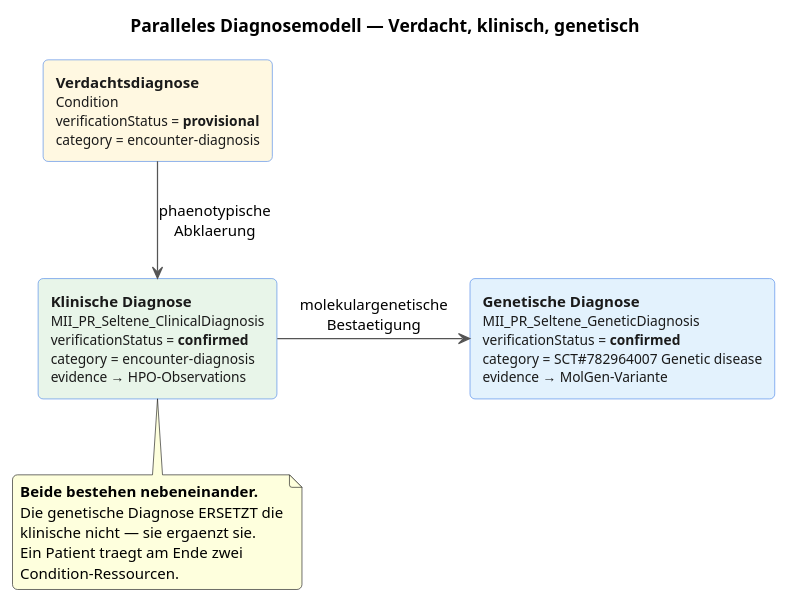
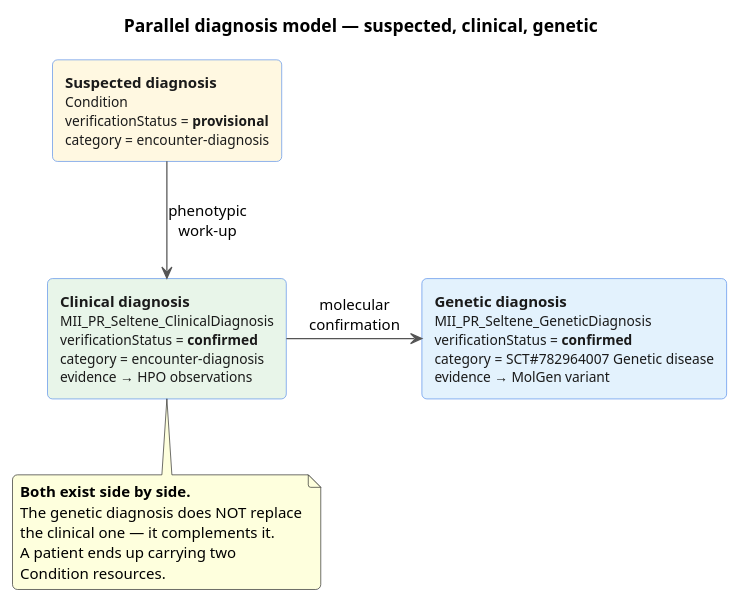
One commit to medizininformatik-initiative/kerndatensatzmodul-seltene-erkrankungen changed the diagram in input/images-source/diagnose-parallelmodell.puml. Above: the diagram before and after it, drawn with PlantUML. The commit also changed 12 other files, not shown here.

First line of the commit message:
fix(images): Diagnose-Diagramme mit Umlauten und in beiden Sprachen

```diff
--- a/input/images-source/diagnose-parallelmodell.puml
+++ b/input/images-source/diagnose-parallelmodell.puml
@@ -1,34 +1,41 @@
 @startuml
-' Paralleles Diagnosemodell — ersetzt die drei kurzen FSH-Schnipsel auf der Seite
-' clinical-genetic-diagnosis-guide. Beschriftungen bewusst sprachneutral
-' (FHIR-Elementnamen, Codes), damit dieselbe SVG in beiden Sprachbaeumen taugt.
+' Parallel diagnosis model — English rendering.
+'
+' Language pairing (2026-09-04): every diagram on the page
+' clinical-genetic-diagnosis-guide exists twice. This file is the ENGLISH one
+' and keeps the base name, because the IG's default language is English
+' (i18n-default-lang: en); the German twin is diagnose-parallelmodell-de.puml
+' and renders to …-de.svg. Until 2026-09-04 a single German diagram served both
+' trees, so English readers were shown German labels — and its labels were
+' ASCII-transliterated ("Phaenotyp"), which is simply wrong German.
+' Keep the two files in step: a change to one belongs in the other.
 skinparam backgroundColor transparent
 skinparam shadowing false
 skinparam roundcorner 8
 skinparam defaultFontName Helvetica
 skinparam defaultFontSize 12
 skinparam ArrowColor #555555
 skinparam rectangle {
   BorderColor #4a86e8
   BackgroundColor #eef4fd
   FontColor #1a1a1a
 }
 
-title Paralleles Diagnosemodell — Verdacht, klinisch, genetisch
+title Parallel diagnosis model — suspected, clinical, genetic
 
-rectangle "**Verdachtsdiagnose**\n<size:11>Condition</size>\n<size:11>verificationStatus = **provisional**</size>\n<size:11>category = encounter-diagnosis</size>" as V #fff8e1
-rectangle "**Klinische Diagnose**\n<size:11>MII_PR_Seltene_ClinicalDiagnosis</size>\n<size:11>verificationStatus = **confirmed**</size>\n<size:11>category = encounter-diagnosis</size>\n<size:11>evidence → HPO-Observations</size>" as K #e8f5e9
-rectangle "**Genetische Diagnose**\n<size:11>MII_PR_Seltene_GeneticDiagnosis</size>\n<size:11>verificationStatus = **confirmed**</size>\n<size:11>category = SCT#782964007 Genetic disease</size>\n<size:11>evidence → MolGen-Variante</size>" as G #e3f2fd
+rectangle "**Suspected diagnosis**\n<size:11>Condition</size>\n<size:11>verificationStatus = **provisional**</size>\n<size:11>category = encounter-diagnosis</size>" as V #fff8e1
+rectangle "**Clinical diagnosis**\n<size:11>MII_PR_Seltene_ClinicalDiagnosis</size>\n<size:11>verificationStatus = **confirmed**</size>\n<size:11>category = encounter-diagnosis</size>\n<size:11>evidence → HPO observations</size>" as K #e8f5e9
+rectangle "**Genetic diagnosis**\n<size:11>MII_PR_Seltene_GeneticDiagnosis</size>\n<size:11>verificationStatus = **confirmed**</size>\n<size:11>category = SCT#782964007 Genetic disease</size>\n<size:11>evidence → MolGen variant</size>" as G #e3f2fd
 
-V -down-> K : phaenotypische\nAbklaerung
-K -right-> G : molekulargenetische\nBestaetigung
+V -down-> K : phenotypic\nwork-up
+K -right-> G : molecular\nconfirmation
 
 note bottom of K
-  **Beide bestehen nebeneinander.**
-  Die genetische Diagnose ERSETZT die
-  klinische nicht — sie ergaenzt sie.
-  Ein Patient traegt am Ende zwei
-  Condition-Ressourcen.
+  **Both exist side by side.**
+  The genetic diagnosis does NOT replace
+  the clinical one — it complements it.
+  A patient ends up carrying two
+  Condition resources.
 end note
 
 @enduml
```
